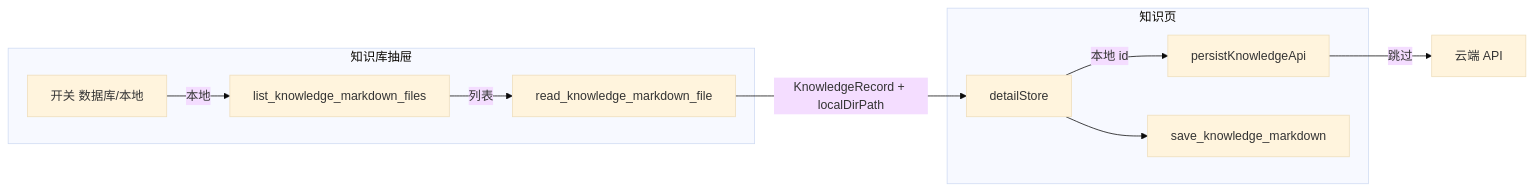
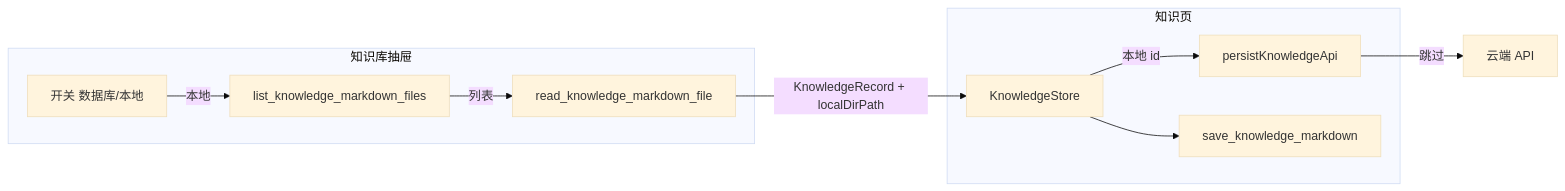
The diagram in docs/knowledge-local-folder-and-monaco-sync.md (dnhyxc/dnhyxc-ai), drawn with Mermaid (base theme) before and after one commit. The commit also changed other lines of this file and 8 other files, not shown here.

Commit message:
feat: 将 detailStore 内容移入 knowledge store 中

````diff
--- a/docs/knowledge-local-folder-and-monaco-sync.md
+++ b/docs/knowledge-local-folder-and-monaco-sync.md
@@ -469,19 +470,19 @@
 ```mermaid
 flowchart LR
   subgraph drawer [知识库抽屉]
     SW[开关 数据库/本地]
     L[list_knowledge_markdown_files]
     R[read_knowledge_markdown_file]
   end
   subgraph editor [知识页]
-    DS[detailStore]
+    KS[KnowledgeStore]
     P[persistKnowledgeApi]
     T[save_knowledge_markdown]
   end
   SW -->|本地| L
   L -->|列表| R
-  R -->|KnowledgeRecord + localDirPath| DS
-  DS -->|本地 id| P
+  R -->|KnowledgeRecord + localDirPath| KS
+  KS -->|本地 id| P
   P -->|跳过| API[云端 API]
-  DS --> T
+  KS --> T
 ```
````
